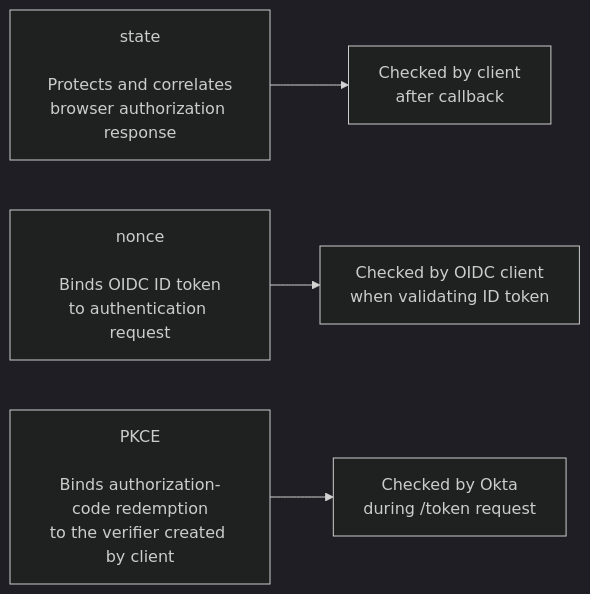
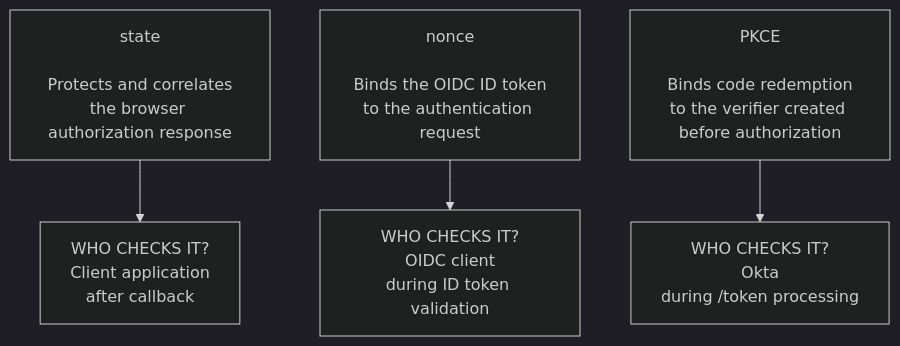
One commit to TedxHarry/OAuth-OIDC changed the seventh of 8 diagrams in diagrams/day-03-authorization-code-pkce.md. Above: the diagram before and after it, drawn with Mermaid (dark theme). The commit also changed other lines of this file, not shown here.

Commit message:
Clarify Day 3 conceptual and lab diagrams

````diff
--- a/diagrams/day-03-authorization-code-pkce.md
+++ b/diagrams/day-03-authorization-code-pkce.md
@@ -166,10 +214,14 @@
 ```mermaid
-flowchart LR
-    S["state<br/><br/>Protects and correlates<br/>browser authorization response"]
-    N["nonce<br/><br/>Binds OIDC ID token<br/>to authentication request"]
-    P["PKCE<br/><br/>Binds authorization-code redemption<br/>to the verifier created by client"]
+flowchart TB
+    S["state<br/><br/>Protects and correlates<br/>the browser authorization response"]
+    N["nonce<br/><br/>Binds the OIDC ID token<br/>to the authentication request"]
+    P["PKCE<br/><br/>Binds code redemption<br/>to the verifier created before authorization"]
 
-    S --> SC["Checked by client<br/>after callback"]
-    N --> NC["Checked by OIDC client<br/>when validating ID token"]
-    P --> PC["Checked by Okta<br/>during /token request"]
+    SC["WHO CHECKS IT?<br/>Client application<br/>after callback"]
+    NC["WHO CHECKS IT?<br/>OIDC client<br/>during ID token validation"]
+    PC["WHO CHECKS IT?<br/>Okta<br/>during /token processing"]
+
+    S --> SC
+    N --> NC
+    P --> PC
 ```
````
